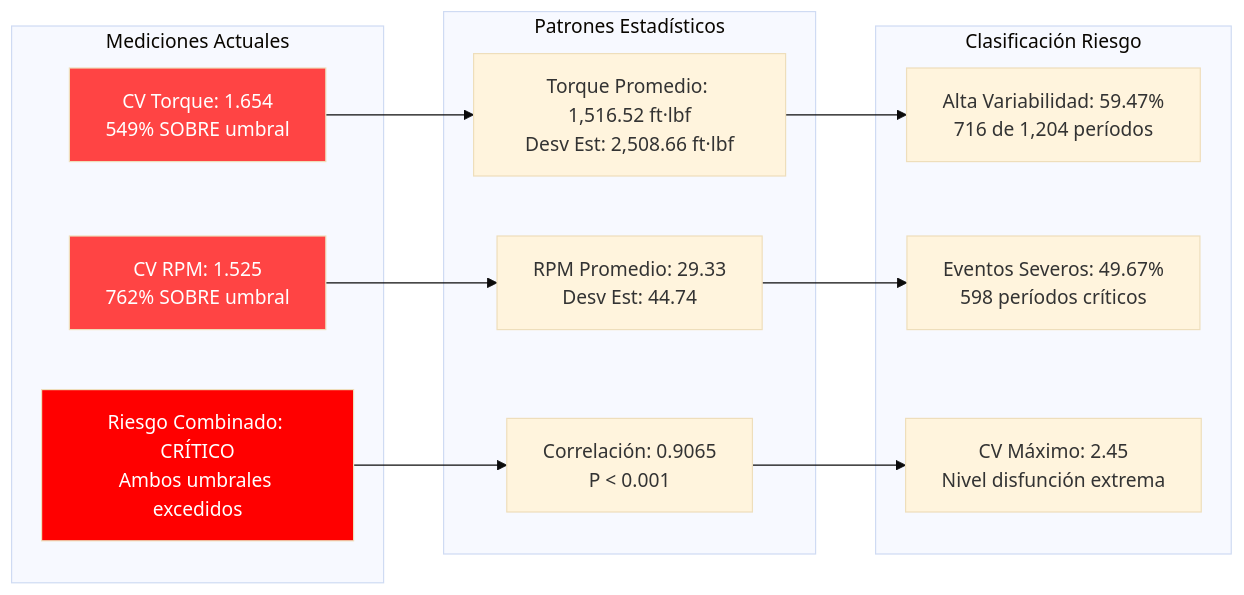
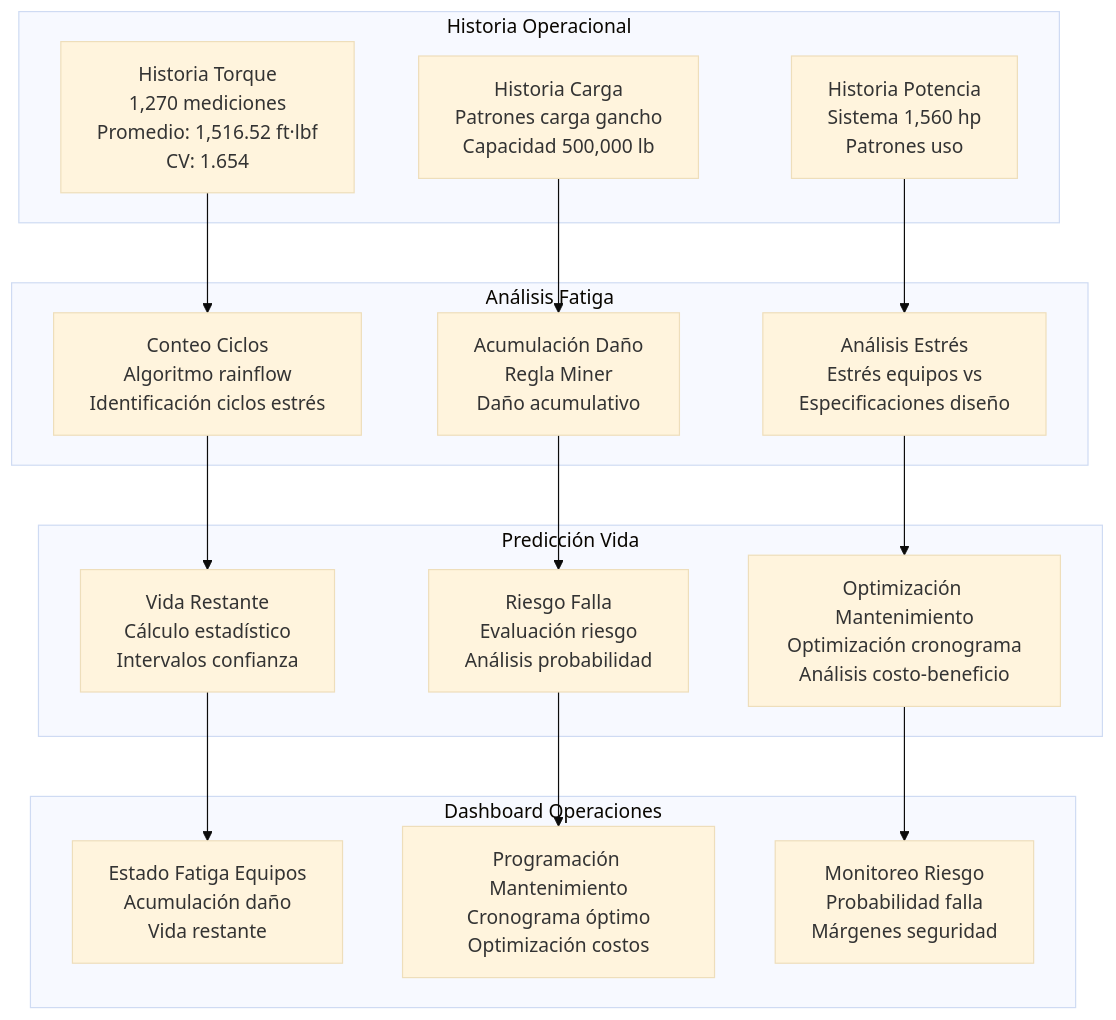
Before and after one commit to wonder-dmercadal/PublicReports: the tenth of 12 diagrams in PAE_Report.md, drawn with Mermaid (base theme). The commit also changed other lines of this file, not shown here.

````diff
--- a/PAE_Report.md
+++ b/PAE_Report.md
@@ -271,28 +957,36 @@
 ```mermaid
-graph LR
-    subgraph "Mediciones Actuales"
-        A[CV Torque: 1.654<br/>549% SOBRE umbral]
-        B[CV RPM: 1.525<br/>762% SOBRE umbral]
-        C[Riesgo Combinado: CRÍTICO<br/>Ambos umbrales excedidos]
+graph TB
+    subgraph "Historia Operacional"
+        A1[Historia Torque<br/>1,270 mediciones<br/>Promedio: 1,516.52 ft·lbf<br/>CV: 1.654]
+        A2[Historia Carga<br/>Patrones carga gancho<br/>Capacidad 500,000 lb]
+        A3[Historia Potencia<br/>Sistema 1,560 hp<br/>Patrones uso]
     end
     
-    subgraph "Patrones Estadísticos"
-        D[Torque Promedio: 1,516.52 ft·lbf<br/>Desv Est: 2,508.66 ft·lbf]
-        E[RPM Promedio: 29.33<br/>Desv Est: 44.74]
-        F[Correlación: 0.9065<br/>P < 0.001]
+    subgraph "Análisis Fatiga"
+        B1[Conteo Ciclos<br/>Algoritmo rainflow<br/>Identificación ciclos estrés]
+        B2[Acumulación Daño<br/>Regla Miner<br/>Daño acumulativo]
+        B3[Análisis Estrés<br/>Estrés equipos vs<br/>Especificaciones diseño]
     end
     
-    subgraph "Clasificación Riesgo"
-        G[Alta Variabilidad: 59.47%<br/>716 de 1,204 períodos]
-        H[Eventos Severos: 49.67%<br/>598 períodos críticos]
-        I[CV Máximo: 2.45<br/>Nivel disfunción extrema]
+    subgraph "Predicción Vida"
+        C1[Vida Restante<br/>Cálculo estadístico<br/>Intervalos confianza]
+        C2[Riesgo Falla<br/>Evaluación riesgo<br/>Análisis probabilidad]
+        C3[Optimización Mantenimiento<br/>Optimización cronograma<br/>Análisis costo-beneficio]
     end
     
-    A --> D --> G
-    B --> E --> H
-    C --> F --> I
+    subgraph "Dashboard Operaciones"
+        D1[Estado Fatiga Equipos<br/>Acumulación daño<br/>Vida restante]
+        D2[Programación Mantenimiento<br/>Cronograma óptimo<br/>Optimización costos]
+        D3[Monitoreo Riesgo<br/>Probabilidad falla<br/>Márgenes seguridad]
+    end
     
-    style A fill:#ff4444,color:#fff
-    style B fill:#ff4444,color:#fff
-    style C fill:#ff0000,color:#fff
+    A1 --> B1
+    A2 --> B2
+    A3 --> B3
+    B1 --> C1
+    B2 --> C2
+    B3 --> C3
+    C1 --> D1
+    C2 --> D2
+    C3 --> D3
 ```
````
